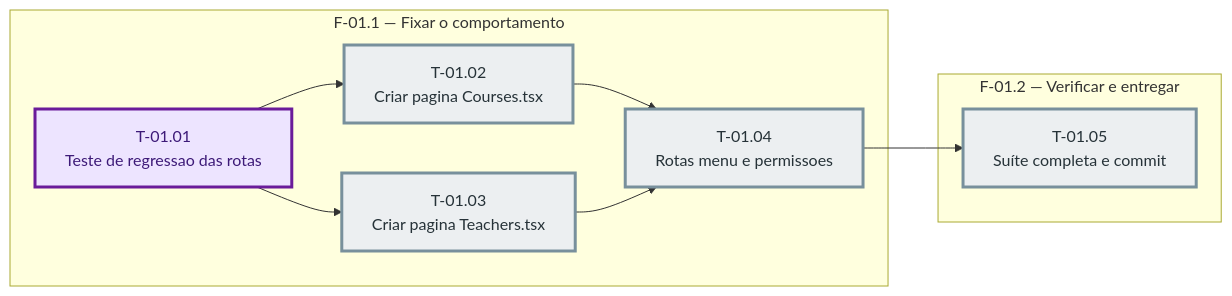
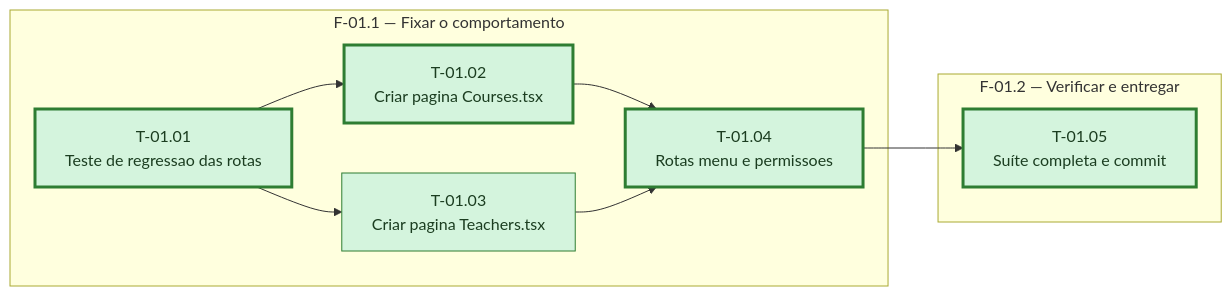
Before and after one commit to gsouzajonathas-hub/jgsistemas: the diagram in docs/manutencao/OC-2026-0001-nao-consigo-criar-matricula/sprint-01/fases.md, drawn with Mermaid. The commit also changed other lines of this file and 10 other files, not shown here.

````diff
--- a/docs/manutencao/OC-2026-0001-nao-consigo-criar-matricula/sprint-01/fases.md
+++ b/docs/manutencao/OC-2026-0001-nao-consigo-criar-matricula/sprint-01/fases.md
@@ -37,29 +37,32 @@
 ```mermaid
 %% Grafo de tasks — sprint-01 — gerado pela runx a partir de tasks.md
 flowchart LR
   subgraph fase_01_1["F-01.1 — Fixar o comportamento"]
     T_01_01["T-01.01<br/>Teste de regressao das rotas"]
     T_01_02["T-01.02<br/>Criar pagina Courses.tsx"]
     T_01_03["T-01.03<br/>Criar pagina Teachers.tsx"]
     T_01_04["T-01.04<br/>Rotas menu e permissoes"]
   end
   subgraph fase_01_2["F-01.2 — Verificar e entregar"]
     T_01_05["T-01.05<br/>Suíte completa e commit"]
   end
   T_01_01 --> T_01_02
   T_01_01 --> T_01_03
   T_01_02 --> T_01_04
   T_01_03 --> T_01_04
   T_01_04 --> T_01_05
 
   classDef concluida fill:#d4f4dd,stroke:#2e7d32,color:#1b3d20
   classDef andamento fill:#fff3cd,stroke:#b8860b,color:#4a3800
   classDef bloqueada fill:#f8d7da,stroke:#c62828,color:#4a1d1f
   classDef pendente  fill:#eceff1,stroke:#78909c,color:#263238
   classDef critico   stroke-width:3px
   classDef regressao fill:#ede4ff,stroke:#6a1b9a,color:#3d1a78,stroke-width:3px
 
-  class T_01_01 regressao
-  class T_01_02,T_01_03,T_01_04,T_01_05 pendente
-  class T_01_01,T_01_02,T_01_03,T_01_04,T_01_05 critico
+  class T_01_01 concluida
+  class T_01_02 concluida
+  class T_01_03 concluida
+  class T_01_04 concluida
+  class T_01_05 concluida
+  class T_01_01,T_01_02,T_01_04,T_01_05 critico
 ```
````
